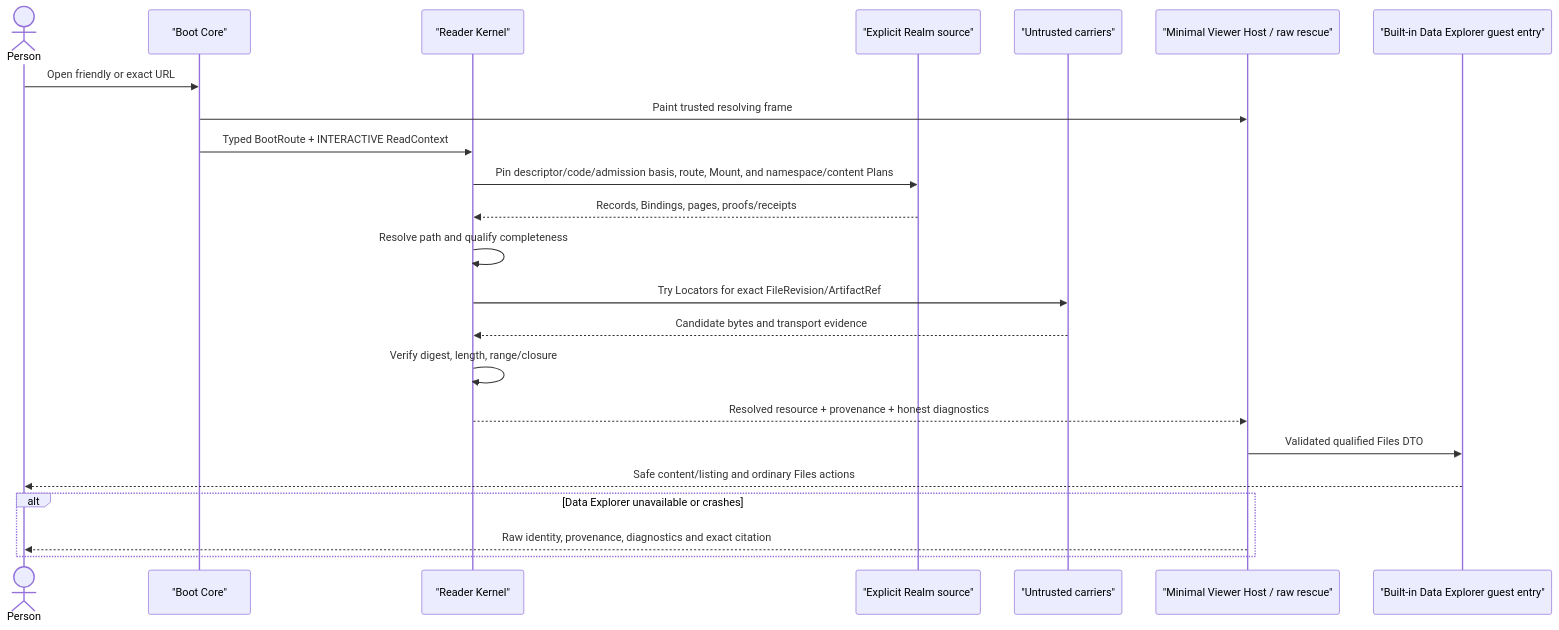
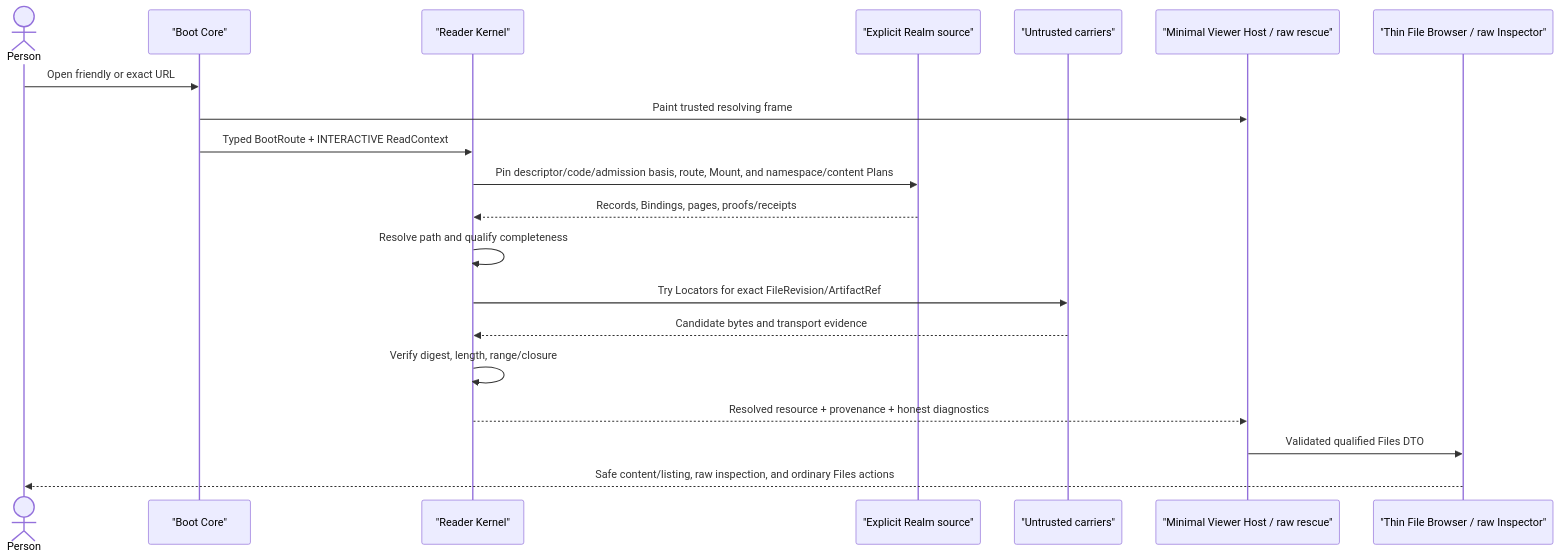
The diagram in Designs/web-client-os/mvp-and-acceptance.md (efs-project/planning), drawn with Mermaid before and after one commit. The commit also changed other lines of this file and 56 other files, not shown here.

````diff
--- a/Designs/web-client-os/mvp-and-acceptance.md
+++ b/Designs/web-client-os/mvp-and-acceptance.md
@@ -125,26 +131,23 @@
 ```mermaid
 sequenceDiagram
     actor Person
     participant Boot as "Boot Core"
     participant Reader as "Reader Kernel"
     participant Realm as "Explicit Realm source"
     participant Carrier as "Untrusted carriers"
     participant Host as "Minimal Viewer Host / raw rescue"
-    participant Explorer as "Built-in Data Explorer guest entry"
+    participant Files as "Thin File Browser / raw Inspector"
 
     Person->>Boot: Open friendly or exact URL
     Boot->>Host: Paint trusted resolving frame
     Boot->>Reader: Typed BootRoute + INTERACTIVE ReadContext
     Reader->>Realm: Pin descriptor/code/admission basis, route, Mount, and namespace/content Plans
     Realm-->>Reader: Records, Bindings, pages, proofs/receipts
     Reader->>Reader: Resolve path and qualify completeness
     Reader->>Carrier: Try Locators for exact FileRevision/ArtifactRef
     Carrier-->>Reader: Candidate bytes and transport evidence
     Reader->>Reader: Verify digest, length, range/closure
     Reader-->>Host: Resolved resource + provenance + honest diagnostics
-    Host->>Explorer: Validated qualified Files DTO
-    Explorer-->>Person: Safe content/listing and ordinary Files actions
-    alt Data Explorer unavailable or crashes
-      Host-->>Person: Raw identity, provenance, diagnostics and exact citation
-    end
+    Host->>Files: Validated qualified Files DTO
+    Files-->>Person: Safe content/listing, raw inspection, and ordinary Files actions
 ```
````
